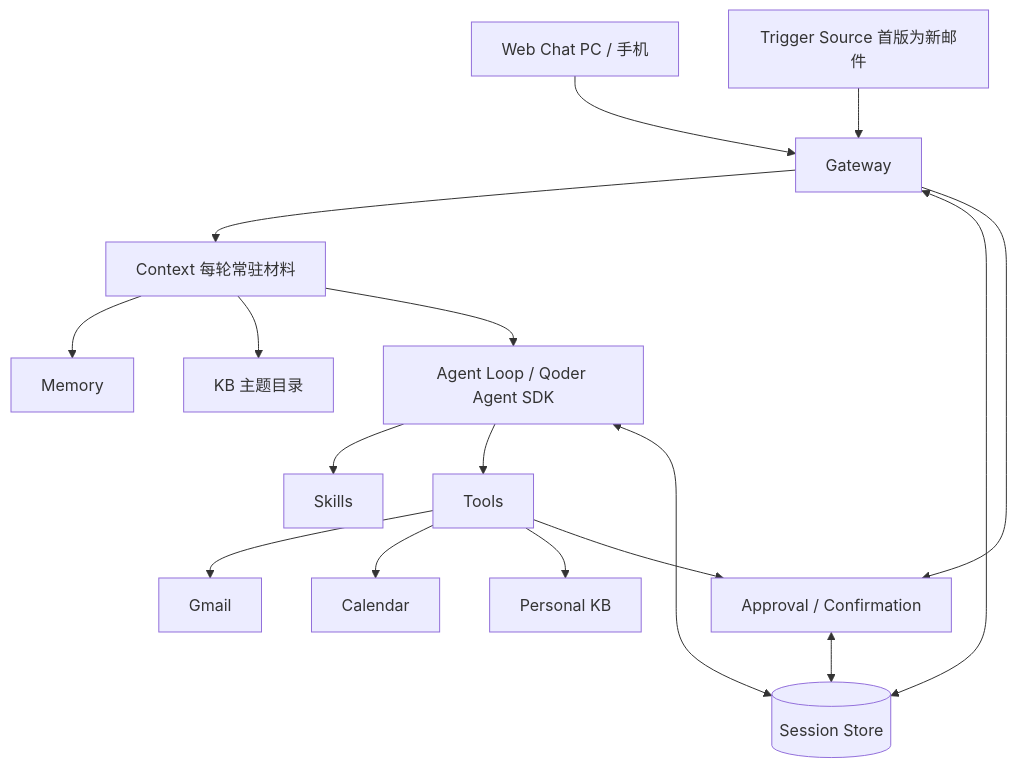
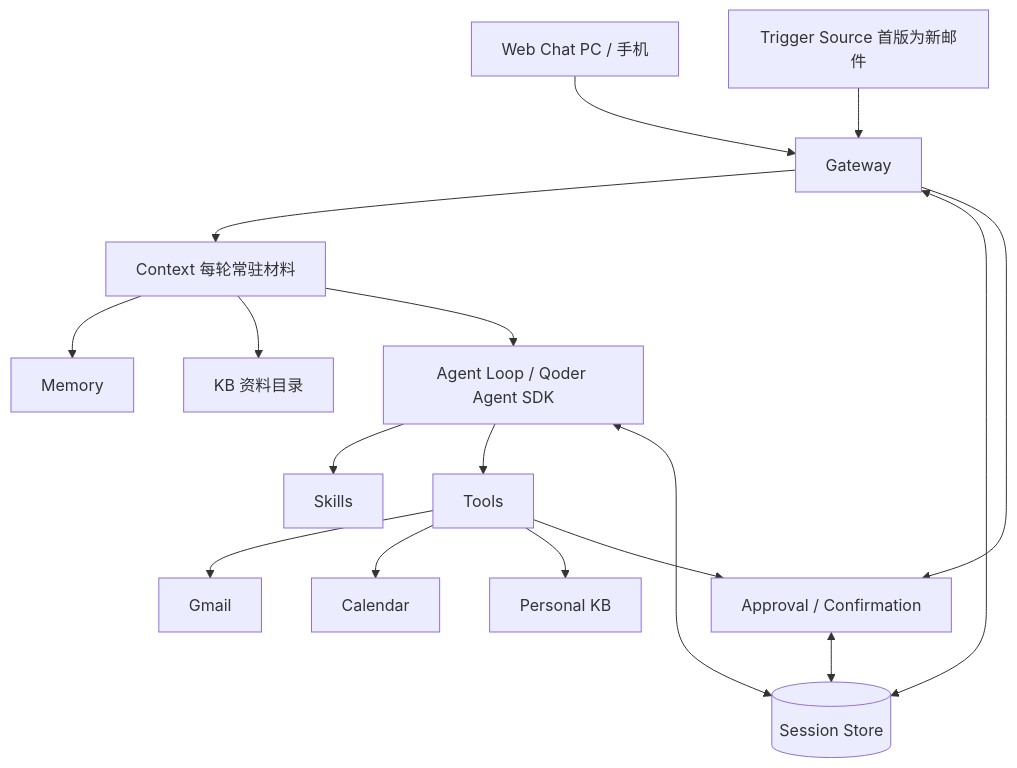
The diagram in docs/v1-design.md (personal-agent-lab/Pebble), drawn with Mermaid before and after one commit. The commit also changed other lines of this file and 21 other files, not shown here.

````diff
--- a/docs/v1-design.md
+++ b/docs/v1-design.md
@@ -15,19 +15,19 @@
 ```mermaid
 flowchart TD
     Web[Web Chat PC / 手机] --> Gateway[Gateway]
     Trigger[Trigger Source 首版为新邮件] --> Gateway
     Gateway --> Context[Context 每轮常驻材料]
     Context --> Memory[Memory]
-    Context --> KBIndex[KB 主题目录]
+    Context --> KBIndex[KB 资料目录]
     Context --> Agent[Agent Loop / Qoder Agent SDK]
     Agent --> Skills[Skills]
     Agent --> Tools[Tools]
     Tools --> Gmail[Gmail]
     Tools --> Calendar[Calendar]
     Tools --> KB[Personal KB]
     Gateway <--> Store[(Session Store)]
     Agent <--> Store
     Tools --> Confirmation[Approval / Confirmation]
     Gateway --> Confirmation
     Confirmation <--> Store
 ```
````
